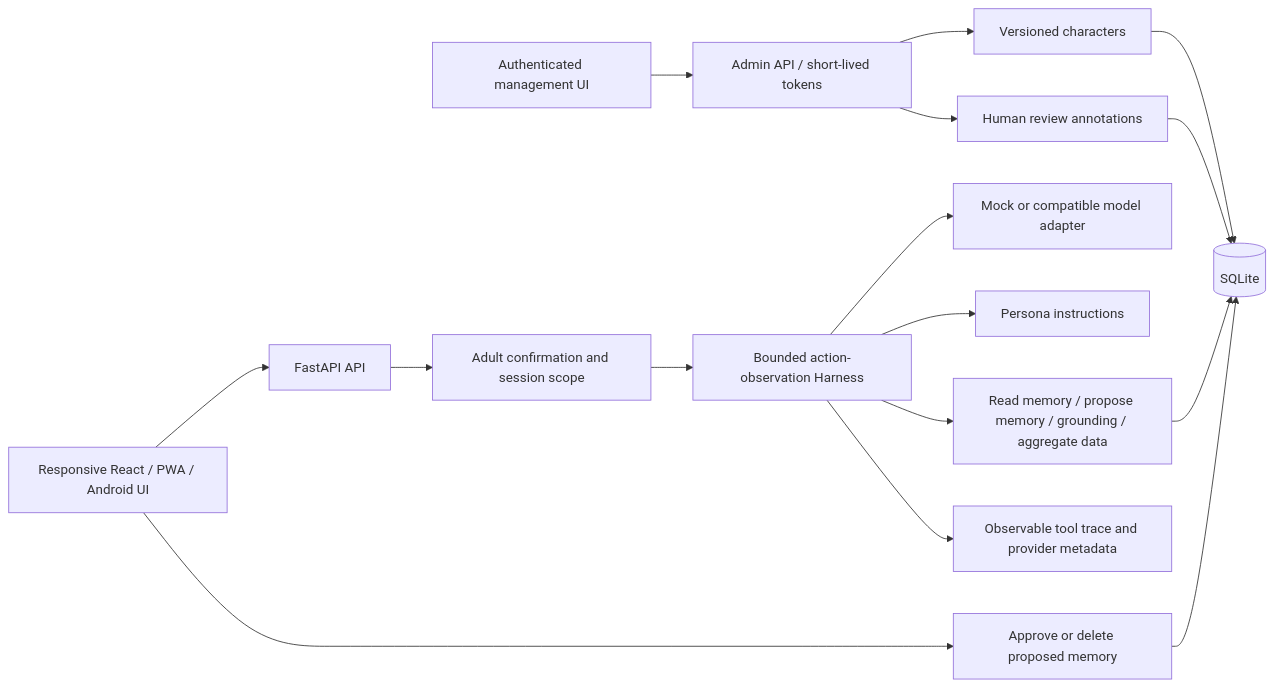
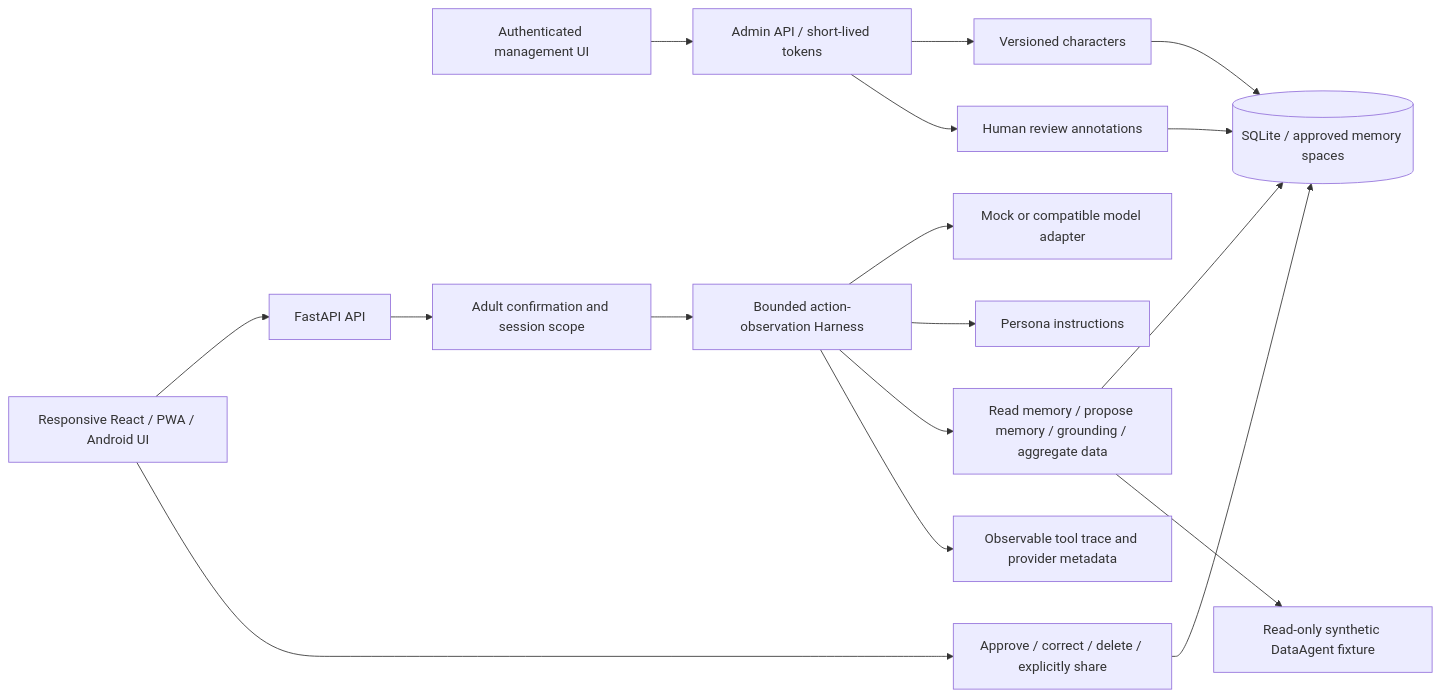
The diagram in docs/architecture.md (FOWEPJF255/harbor-companion), drawn with Mermaid before and after one commit. The commit also changed other lines of this file and 39 other files, not shown here.

Commit message:
Add consent-shared memory, bilingual app, and synthetic DataAgent evidence

````diff
--- a/docs/architecture.md
+++ b/docs/architecture.md
@@ -3,18 +3,19 @@
 ```mermaid
 flowchart LR
   UI[Responsive React / PWA / Android UI] --> API[FastAPI API]
   Admin[Authenticated management UI] --> Management[Admin API / short-lived tokens]
   Management --> Characters[Versioned characters]
   Management --> Reviews[Human review annotations]
   Characters --> DB
   Reviews --> DB
   API --> Gate[Adult confirmation and session scope]
   Gate --> Loop[Bounded action-observation Harness]
   Loop --> Provider[Mock or compatible model adapter]
   Loop --> Skills[Persona instructions]
   Loop --> Tools[Read memory / propose memory / grounding / aggregate data]
-  Tools --> DB[(SQLite)]
-  UI --> Consent[Approve or delete proposed memory]
+  Tools --> DB[(SQLite / approved memory spaces)]
+  Tools --> Synthetic[Read-only synthetic DataAgent fixture]
+  UI --> Consent[Approve / correct / delete / explicitly share]
   Consent --> DB
   Loop --> Evidence[Observable tool trace and provider metadata]
 ```
````
